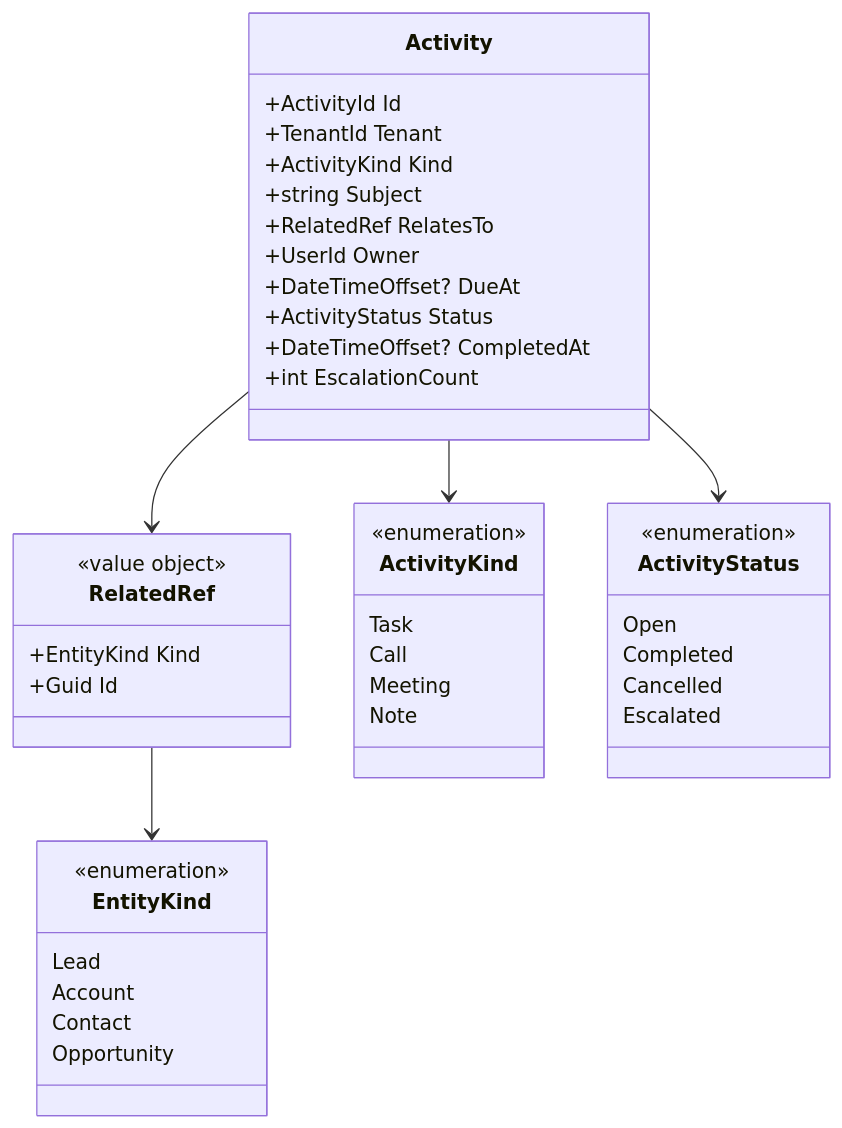
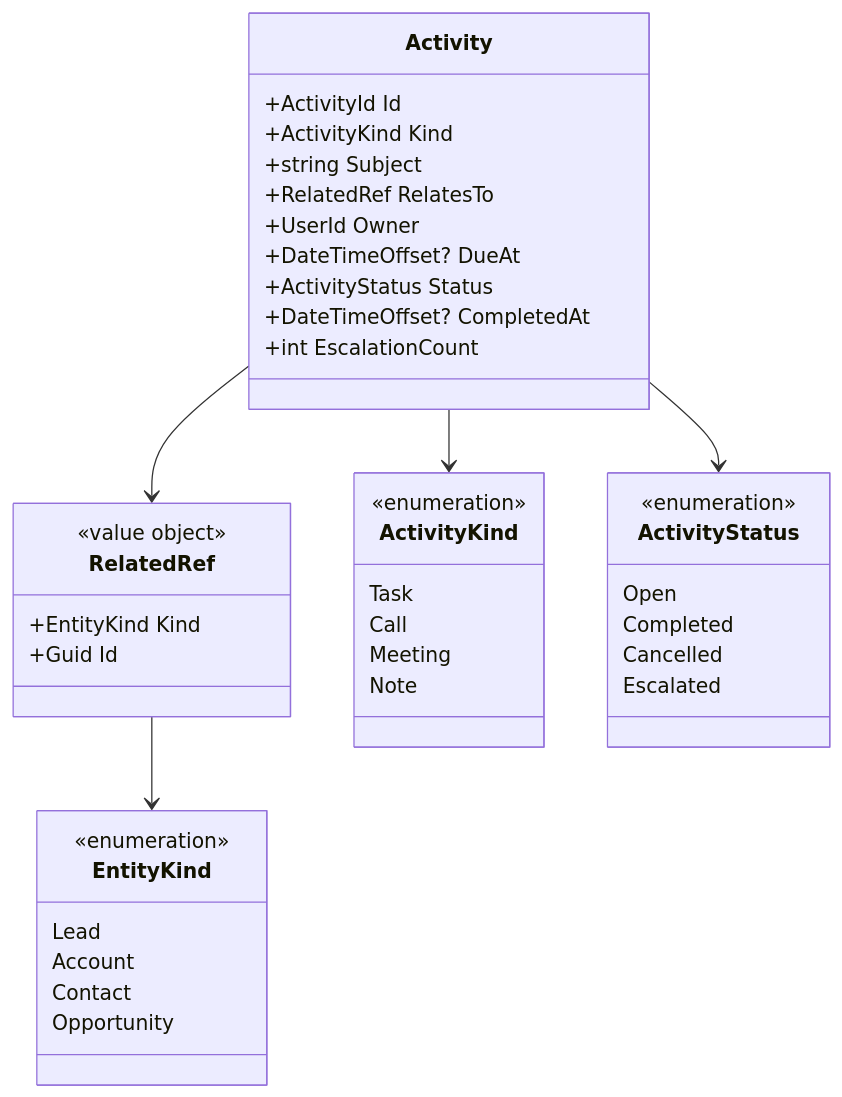
One commit to KhaiTrang1995/NexusFlow changed the sixth of 14 diagrams in docs/26-CRM-Sample.md. Above: the diagram before and after it, drawn with Mermaid. The commit also changed other lines of this file, not shown here.

First line of the commit message:
docs: the design put a tenant on four contracts, and a caller must not set one

````diff
--- a/docs/26-CRM-Sample.md
+++ b/docs/26-CRM-Sample.md
@@ -343,50 +348,49 @@
 ```mermaid
 classDiagram
     class Activity {
         +ActivityId Id
-        +TenantId Tenant
         +ActivityKind Kind
         +string Subject
         +RelatedRef RelatesTo
         +UserId Owner
         +DateTimeOffset? DueAt
         +ActivityStatus Status
         +DateTimeOffset? CompletedAt
         +int EscalationCount
     }
 
     class RelatedRef {
         <<value object>>
         +EntityKind Kind
         +Guid Id
     }
 
     class ActivityKind {
         <<enumeration>>
         Task
         Call
         Meeting
         Note
     }
 
     class ActivityStatus {
         <<enumeration>>
         Open
         Completed
         Cancelled
         Escalated
     }
 
     class EntityKind {
         <<enumeration>>
         Lead
         Account
         Contact
         Opportunity
     }
 
     Activity --> RelatedRef
     Activity --> ActivityKind
     Activity --> ActivityStatus
     RelatedRef --> EntityKind
 ```
````
